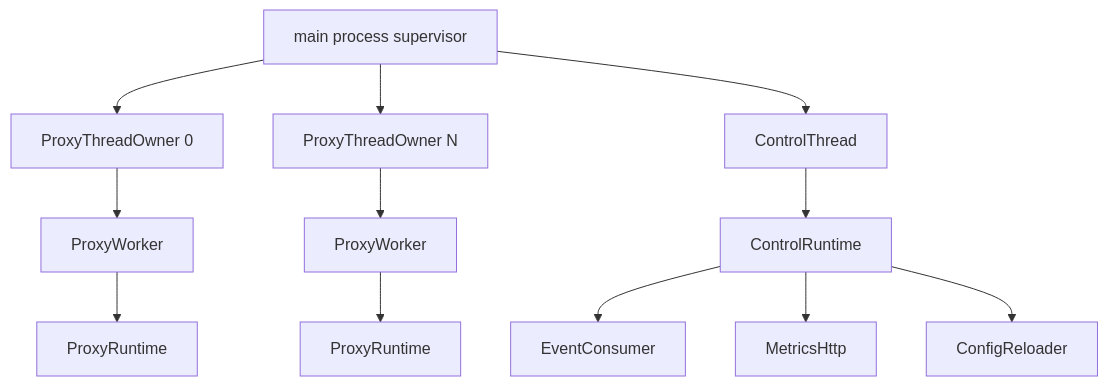
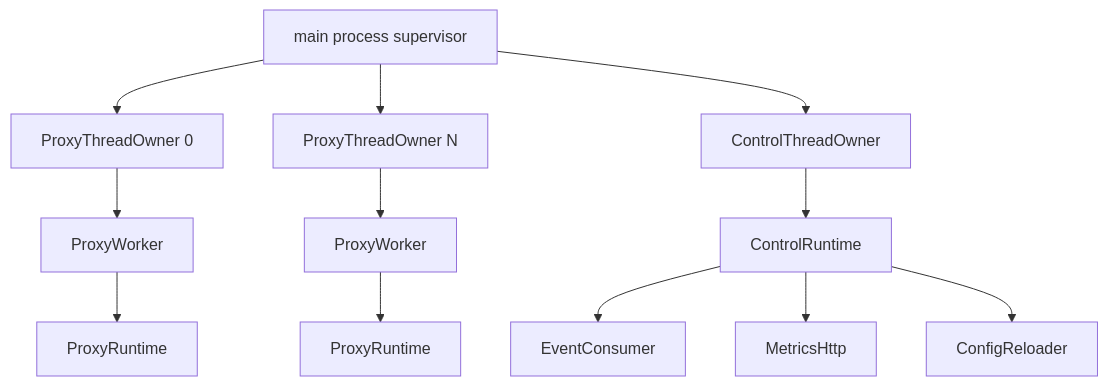
One commit to raydatray/rusty-mcrouter changed the second of 3 diagrams in docs/architecture/README.md. Above: the diagram before and after it, drawn with Mermaid. The commit also changed other lines of this file and 6 other files, not shown here.

````diff
--- a/docs/architecture/README.md
+++ b/docs/architecture/README.md
@@ -84,15 +84,15 @@
 ```mermaid
 flowchart TB
     M[main process supervisor]
     M --> PT0[ProxyThreadOwner 0]
     M --> PTN[ProxyThreadOwner N]
-    M --> CT[ControlThread]
+    M --> CT[ControlThreadOwner]
     PT0 --> PW0[ProxyWorker]
     PTN --> PWN[ProxyWorker]
     PW0 --> PR0[ProxyRuntime]
     PWN --> PRN[ProxyRuntime]
     CT --> CR[ControlRuntime]
     CR --> EC[EventConsumer]
     CR --> MH[MetricsHttp]
     CR --> RL[ConfigReloader]
 ```
````
